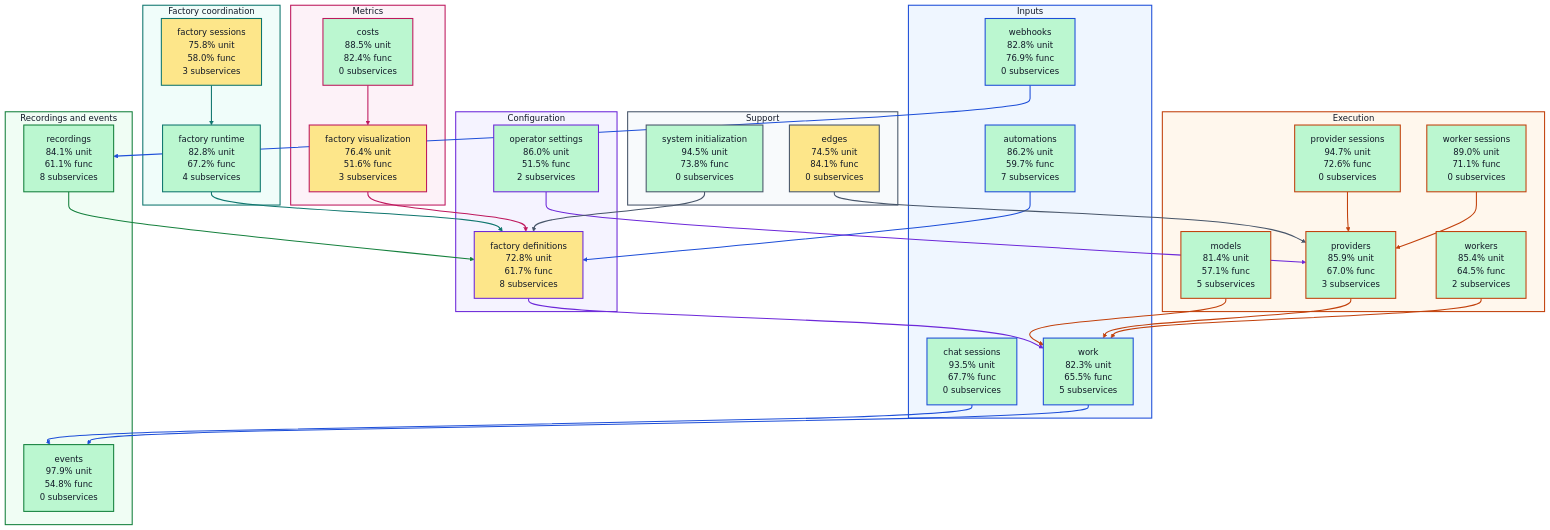
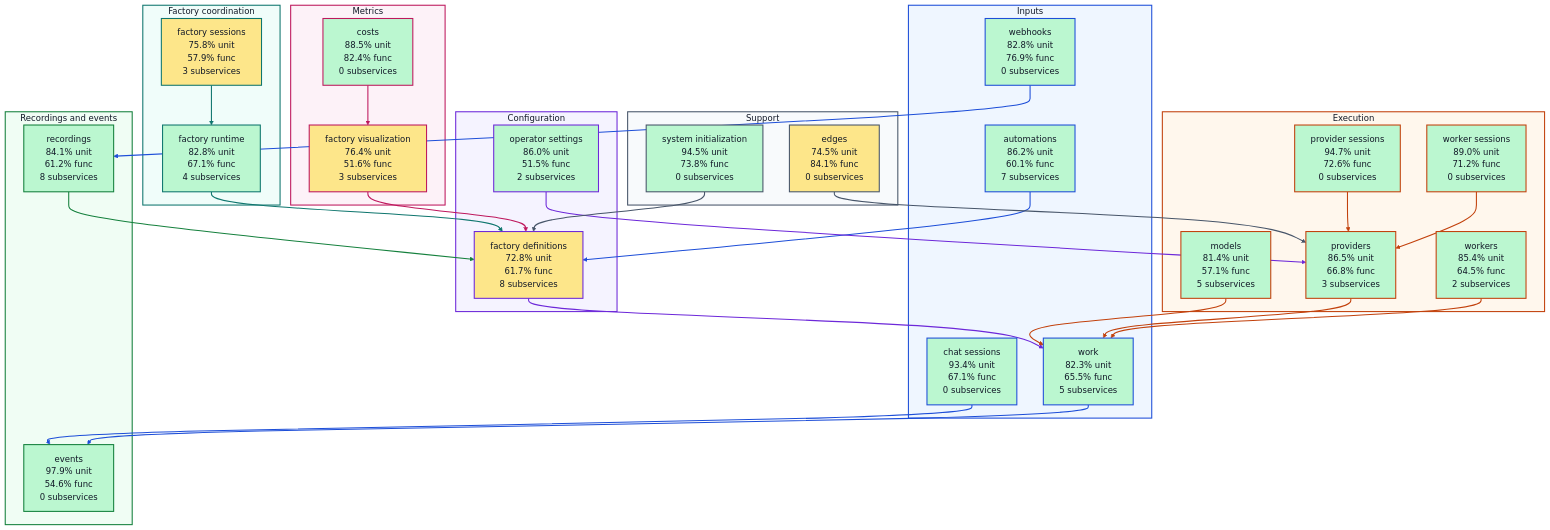
The diagram in docs/architecture/visualizations/high-level-test-coverage.md (portpowered/you-agent-factory), drawn with Mermaid before and after one commit. The commit also changed other lines of this file and 20 other files, not shown here.

Commit message:
docs: refresh backend architecture visualizations

````diff
--- a/docs/architecture/visualizations/high-level-test-coverage.md
+++ b/docs/architecture/visualizations/high-level-test-coverage.md
@@ -11,8 +11,8 @@
 ```mermaid
 flowchart TB
   subgraph input["Inputs"]
-    s_services_automations["automations<br/>86.2% unit<br/>59.7% func<br/>7 subservices"]
-    s_services_chat_sessions["chat sessions<br/>93.5% unit<br/>67.7% func<br/>0 subservices"]
+    s_services_automations["automations<br/>86.2% unit<br/>60.1% func<br/>7 subservices"]
+    s_services_chat_sessions["chat sessions<br/>93.4% unit<br/>67.1% func<br/>0 subservices"]
     s_services_webhooks["webhooks<br/>82.8% unit<br/>76.9% func<br/>0 subservices"]
     s_services_work["work<br/>82.3% unit<br/>65.5% func<br/>5 subservices"]
   end
@@ -21,19 +21,19 @@
     s_services_operator_settings["operator settings<br/>86.0% unit<br/>51.5% func<br/>2 subservices"]
   end
   subgraph coordination["Factory coordination"]
-    s_services_factory_runtime["factory runtime<br/>82.8% unit<br/>67.2% func<br/>4 subservices"]
-    s_services_factory_sessions["factory sessions<br/>75.8% unit<br/>58.0% func<br/>3 subservices"]
+    s_services_factory_runtime["factory runtime<br/>82.8% unit<br/>67.1% func<br/>4 subservices"]
+    s_services_factory_sessions["factory sessions<br/>75.8% unit<br/>57.9% func<br/>3 subservices"]
   end
   subgraph execution["Execution"]
     s_services_models["models<br/>81.4% unit<br/>57.1% func<br/>5 subservices"]
     s_services_provider_sessions["provider sessions<br/>94.7% unit<br/>72.6% func<br/>0 subservices"]
-    s_services_providers["providers<br/>85.9% unit<br/>67.0% func<br/>3 subservices"]
-    s_services_worker_sessions["worker sessions<br/>89.0% unit<br/>71.1% func<br/>0 subservices"]
+    s_services_providers["providers<br/>86.5% unit<br/>66.8% func<br/>3 subservices"]
+    s_services_worker_sessions["worker sessions<br/>89.0% unit<br/>71.2% func<br/>0 subservices"]
     s_services_workers["workers<br/>85.4% unit<br/>64.5% func<br/>2 subservices"]
   end
   subgraph recordings["Recordings and events"]
-    s_services_events["events<br/>97.9% unit<br/>54.8% func<br/>0 subservices"]
-    s_services_recordings["recordings<br/>84.1% unit<br/>61.1% func<br/>8 subservices"]
+    s_services_events["events<br/>97.9% unit<br/>54.6% func<br/>0 subservices"]
+    s_services_recordings["recordings<br/>84.1% unit<br/>61.2% func<br/>8 subservices"]
   end
   subgraph metrics["Metrics"]
     s_services_costs["costs<br/>88.5% unit<br/>82.4% func<br/>0 subservices"]
````
